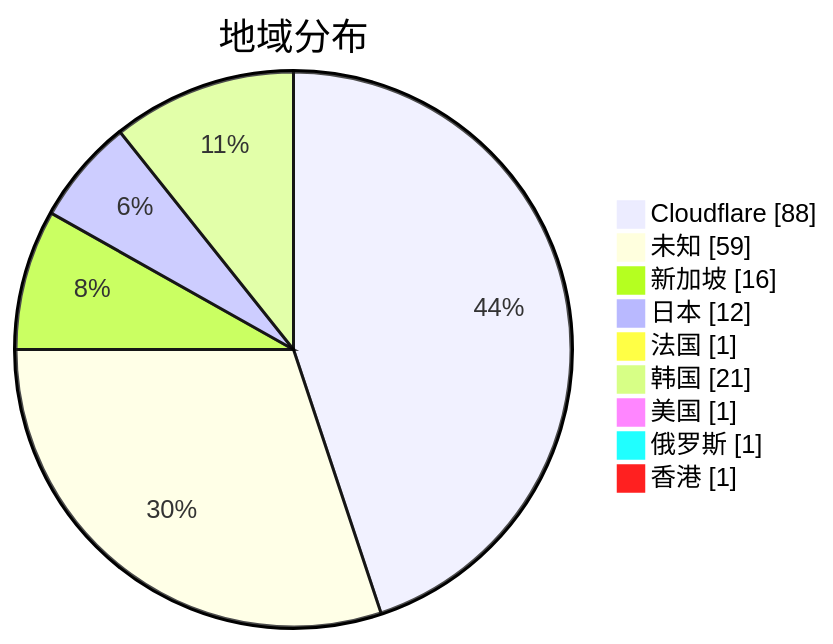
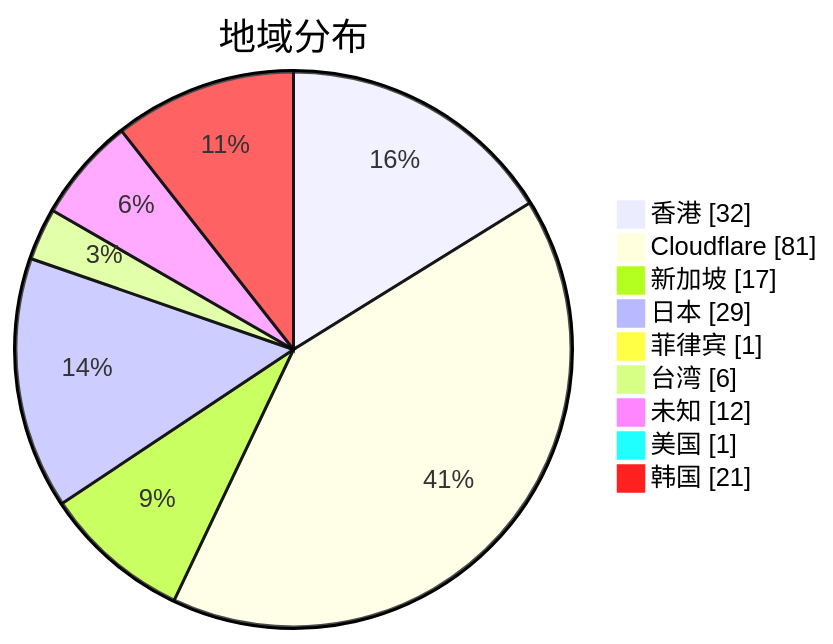
Before and after one commit to qjlxg/airport: the second of 3 diagrams in subs/statistics/tested_within.md, drawn with Mermaid. The commit also changed other lines of this file and 2 other files, not shown here.

````diff
--- a/subs/statistics/tested_within.md
+++ b/subs/statistics/tested_within.md
@@ -12,13 +12,13 @@
 ```mermaid
 pie showData
 title 地域分布
-"Cloudflare" : 88
-"未知" : 59
-"新加坡" : 16
-"日本" : 12
-"法国" : 1
+"香港" : 32
+"Cloudflare" : 81
+"新加坡" : 17
+"日本" : 29
+"菲律宾" : 1
+"台湾" : 6
+"未知" : 12
+"美国" : 1
 "韩国" : 21
-"美国" : 1
-"俄罗斯" : 1
-"香港" : 1
 ```
````
